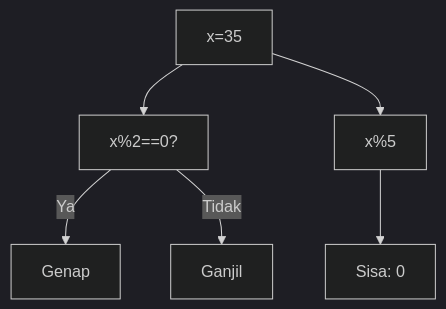
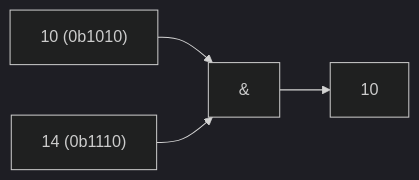
Diagram 18 of 25 in part-c-pemahaman-cpp/06-bitwise/latihan/set-04.md (amnahwaida/OSNK_INF_PREP), drawn with Mermaid (dark theme) before and after one commit. The commit also changed other lines of this file and 71 other files, not shown here.

````diff
--- a/part-c-pemahaman-cpp/06-bitwise/latihan/set-04.md
+++ b/part-c-pemahaman-cpp/06-bitwise/latihan/set-04.md
@@ -598,8 +468,6 @@
 ```mermaid
-graph TD
-A["x=35"] --> B["x%2==0?"]
-B -- Ya --> C["Genap"]
-B -- Tidak --> D["Ganjil"]
-A --> E["x%5"]
-E --> F["Sisa: 0"]
+graph LR
+A["10 (0b1010)"] --> C["&"]
+B["14 (0b1110)"] --> C
+C --> D["10"]
 ```
````
